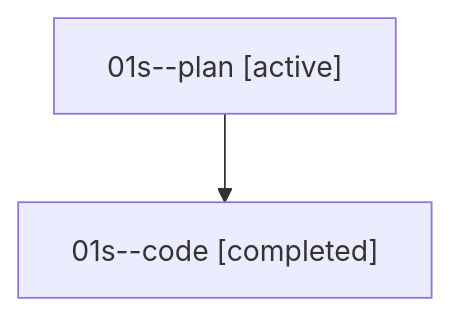
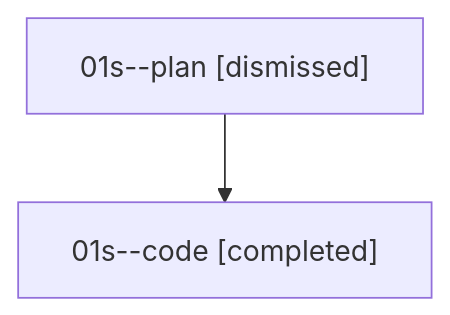
One commit to bobs-org/bob-cli--agents changed the diagram in sessions/bbugyi200.athena.01s.md. Above: the diagram before and after it, drawn with Mermaid. The commit also changed other lines of this file and 16 other files, not shown here.

````diff
--- a/sessions/bbugyi200.athena.01s.md
+++ b/sessions/bbugyi200.athena.01s.md
@@ -9,6 +9,6 @@
 ```mermaid
 flowchart TD
-  n0["01s--plan [active]"]
+  n0["01s--plan [dismissed]"]
   n1["01s--code [completed]"]
   n0 --> n1
 ```
````
